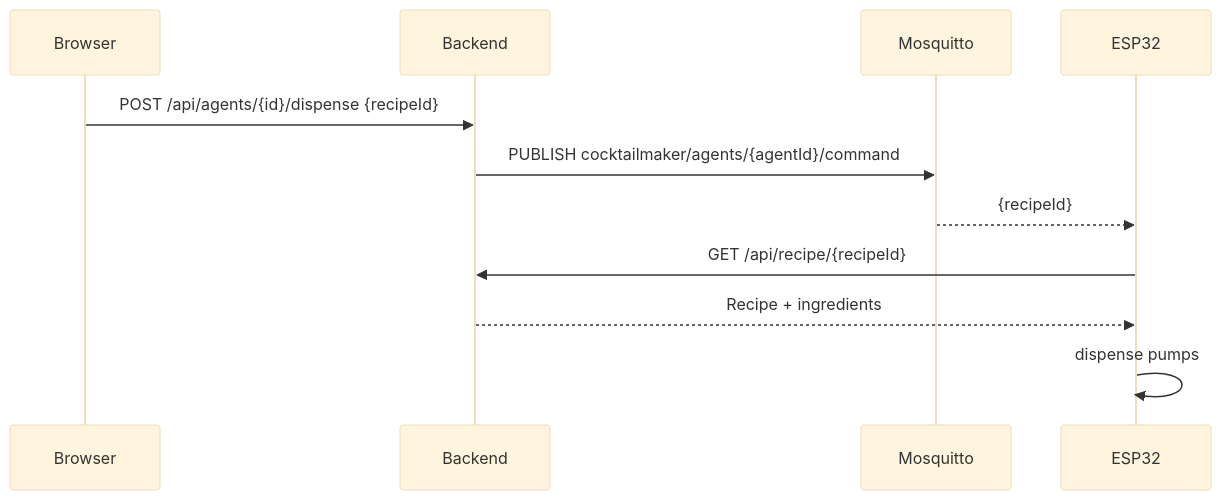
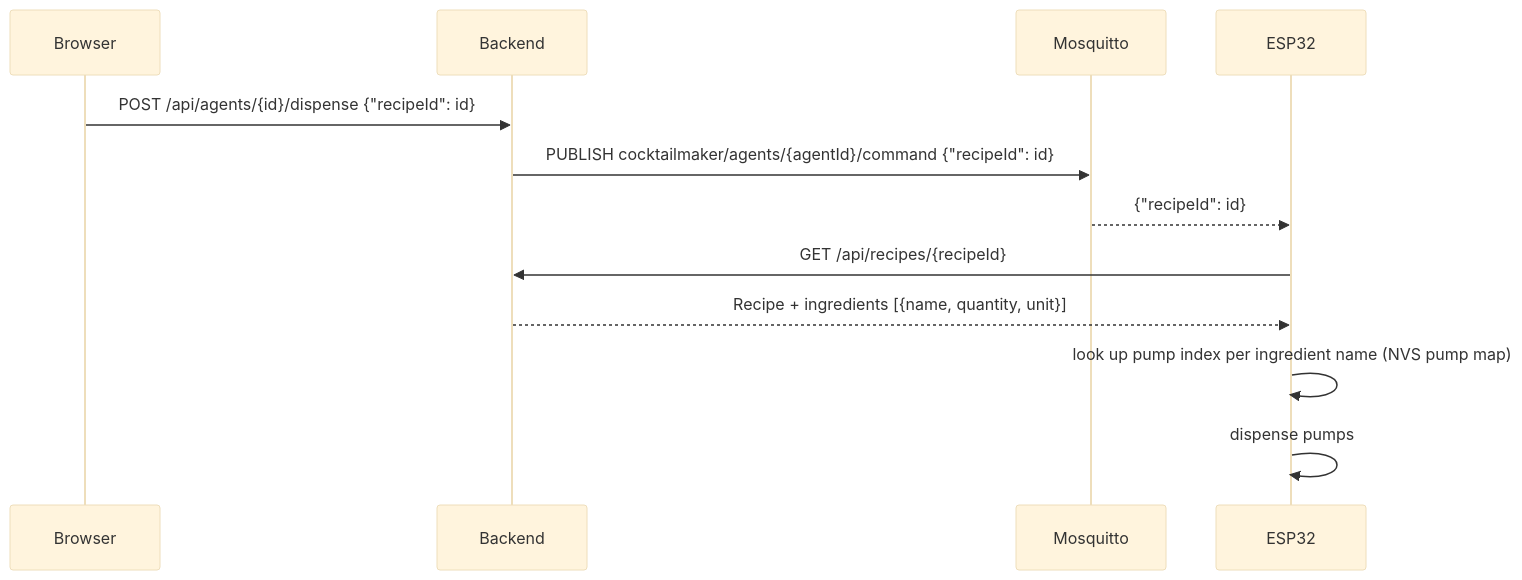
One commit to codeiakofficial/cocktailmaker changed the fifth of 8 diagrams in docs/architecture.md. Above: the diagram before and after it, drawn with Mermaid (base theme). The commit also changed other lines of this file and 30 other files, not shown here.

First line of the commit message:
feat: Manage Agents page — rename, pump-ingredient mapping, persist config on agent (T28)

````diff
--- a/docs/architecture.md
+++ b/docs/architecture.md
@@ -61,14 +95,15 @@
 ```mermaid
 sequenceDiagram
     participant Browser
     participant Backend
     participant Broker as Mosquitto
     participant ESP32
 
-    Browser->>Backend: POST /api/agents/{id}/dispense {recipeId}
-    Backend->>Broker: PUBLISH cocktailmaker/agents/{agentId}/command
-    Broker-->>ESP32: {recipeId}
-    ESP32->>Backend: GET /api/recipe/{recipeId}
-    Backend-->>ESP32: Recipe + ingredients
+    Browser->>Backend: POST /api/agents/{id}/dispense {"recipeId": id}
+    Backend->>Broker: PUBLISH cocktailmaker/agents/{agentId}/command {"recipeId": id}
+    Broker-->>ESP32: {"recipeId": id}
+    ESP32->>Backend: GET /api/recipes/{recipeId}
+    Backend-->>ESP32: Recipe + ingredients [{name, quantity, unit}]
+    ESP32->>ESP32: look up pump index per ingredient name (NVS pump map)
     ESP32->>ESP32: dispense pumps
 ```
````
